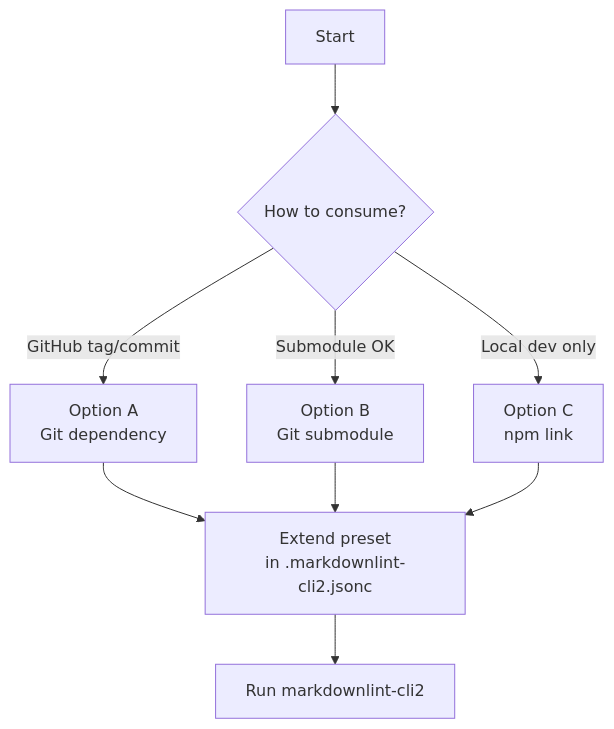
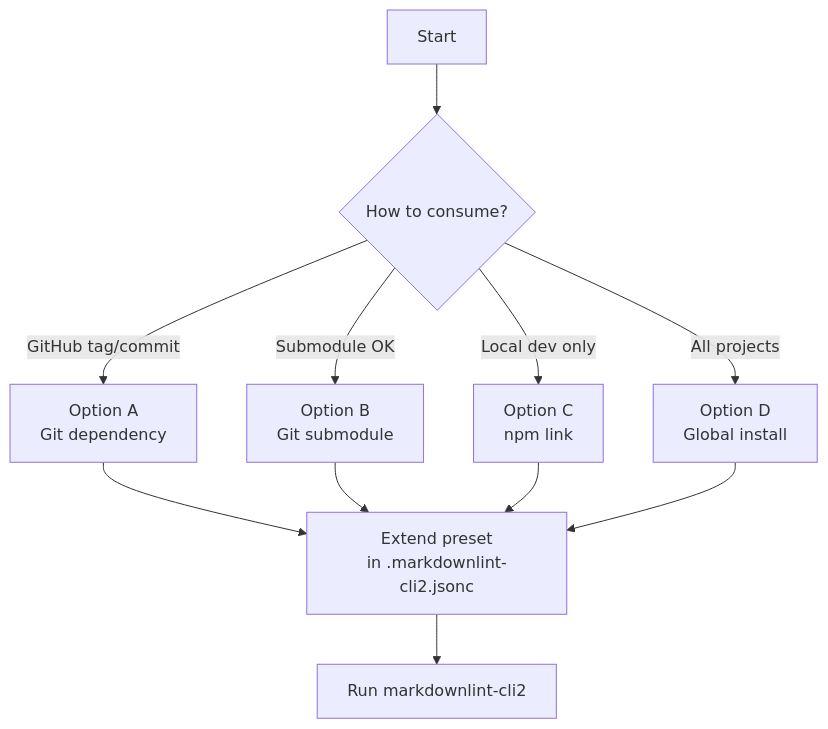
Before and after one commit to kynoptic/markdownlint-trap: the diagram in docs/setup.md, drawn with Mermaid. The commit also changed other lines of this file and 13 other files, not shown here.

````diff
--- a/docs/setup.md
+++ b/docs/setup.md
@@ -5,11 +60,13 @@
 ```mermaid
 flowchart TD
   A[Start] --> B{How to consume?}
   B -- GitHub tag/commit --> C[Option A<br/>Git dependency]
   B -- Submodule OK --> D[Option B<br/>Git submodule]
   B -- Local dev only --> E[Option C<br/>npm link]
-  C --> F[Extend preset<br/>in .markdownlint-cli2.jsonc]
-  D --> F
-  E --> F
-  F --> G[Run markdownlint-cli2]
+  B -- All projects --> F[Option D<br/>Global install]
+  C --> G[Extend preset<br/>in .markdownlint-cli2.jsonc]
+  D --> G
+  E --> G
+  F --> G
+  G --> H[Run markdownlint-cli2]
 ```
````
